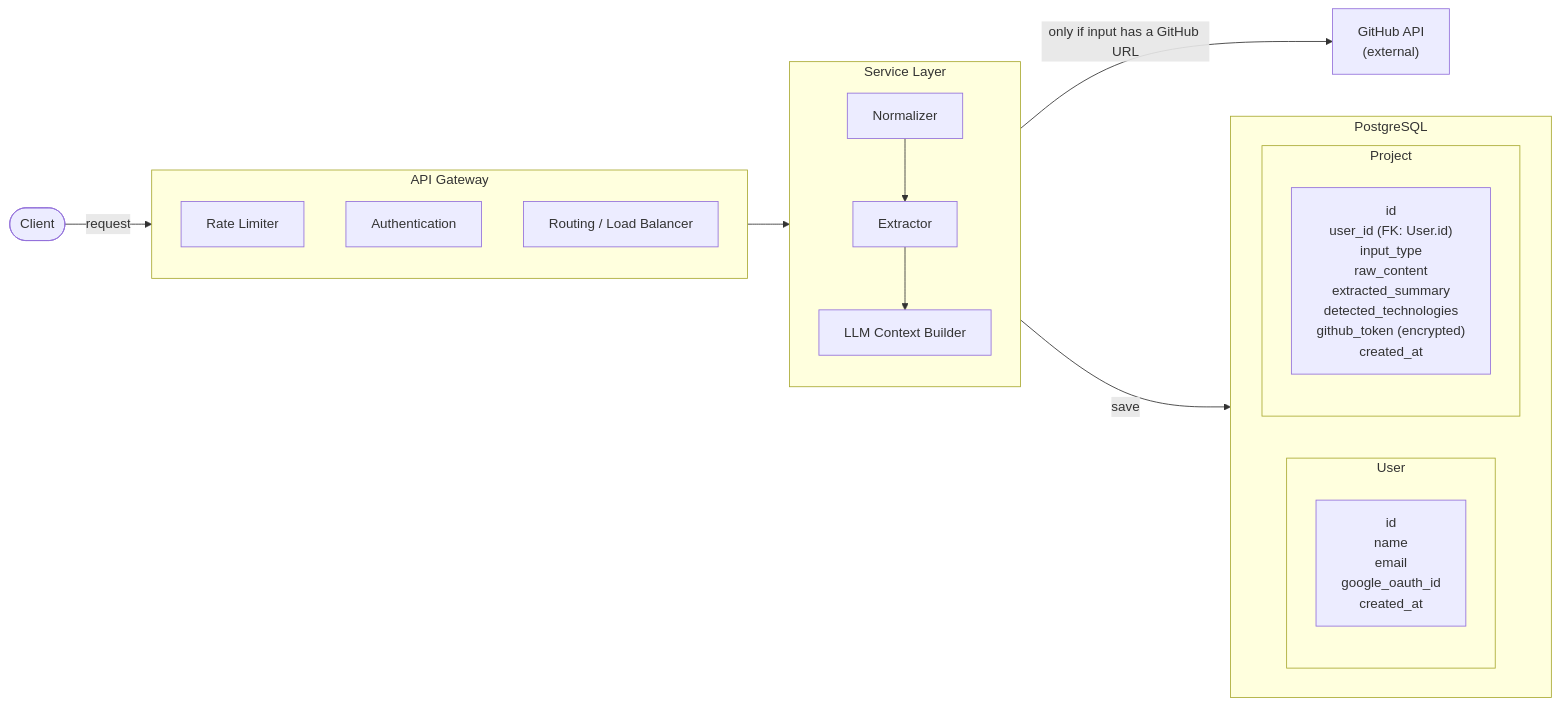
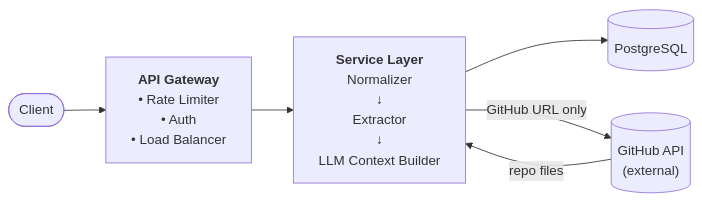
Before and after one commit to shivam-tamboli/GrillMyProject: the diagram in SYSTEM_DESIGN.md, drawn with Mermaid.

Commit message:
fix project input extraction diagram — clean system design style

````diff
--- a/SYSTEM_DESIGN.md
+++ b/SYSTEM_DESIGN.md
@@ -285,38 +285,14 @@
 ```mermaid
 flowchart LR
     Client([Client])
+    GW["<b>API Gateway</b><br/>• Rate Limiter<br/>• Auth<br/>• Load Balancer"]
+    SVC["<b>Service Layer</b><br/>Normalizer<br/>↓<br/>Extractor<br/>↓<br/>LLM Context Builder"]
+    GH[("GitHub API<br/>(external)")]
+    PG[(PostgreSQL)]
 
-    subgraph GW[API Gateway]
-        direction TB
-        RL[Rate Limiter]
-        AUTH[Authentication]
-        LB[Routing / Load Balancer]
-    end
-
-    subgraph SVC[Service Layer]
-        direction TB
-        N[Normalizer]
-        E[Extractor]
-        B[LLM Context Builder]
-        N --> E --> B
-    end
-
-    GH["GitHub API<br/>(external)"]
-
-    subgraph PG[PostgreSQL]
-        direction LR
-        subgraph U[User]
-            direction TB
-            u1["id<br/>name<br/>email<br/>google_oauth_id<br/>created_at"]
-        end
-        subgraph P[Project]
-            direction TB
-            p1["id<br/>user_id (FK: User.id)<br/>input_type<br/>raw_content<br/>extracted_summary<br/>detected_technologies<br/>github_token (encrypted)<br/>created_at"]
-        end
-    end
-
-    Client -->|request| GW
+    Client --> GW
     GW --> SVC
-    SVC -->|only if input has a GitHub URL| GH
-    SVC -->|save| PG
+    SVC --> PG
+    SVC -->|"GitHub URL only"| GH
+    GH -->|"repo files"| SVC
 ```
````
